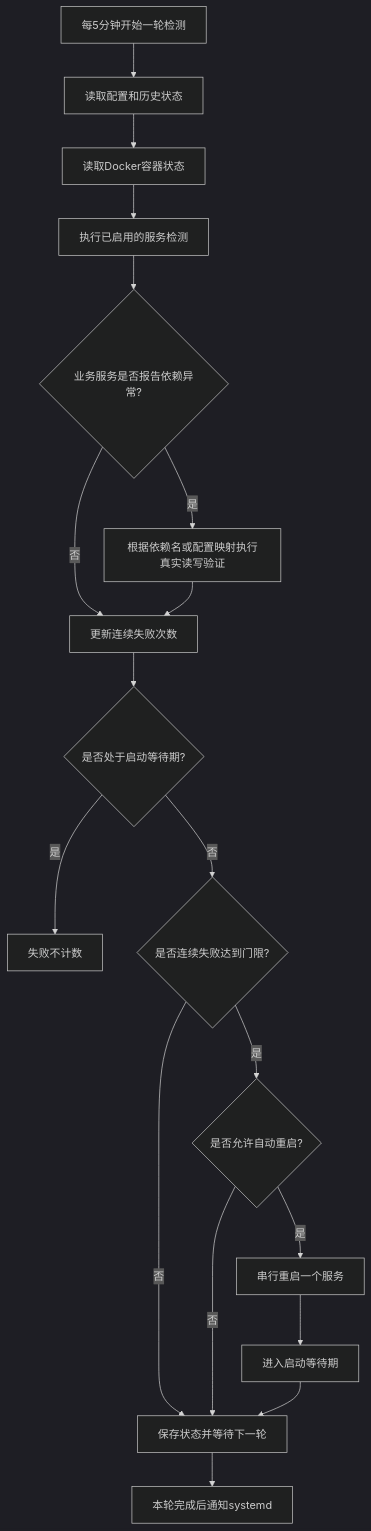
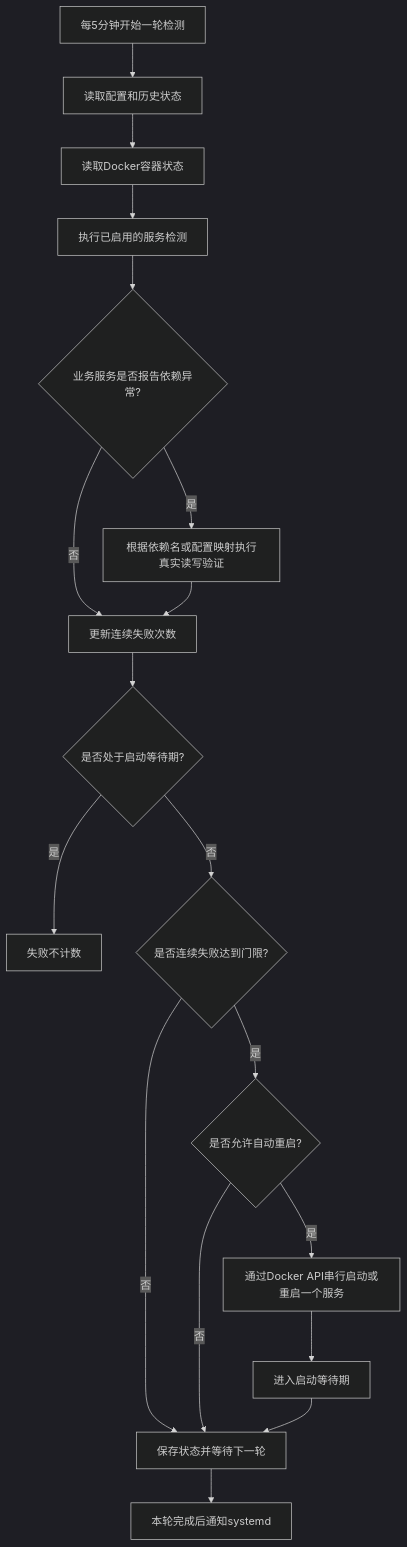
One commit to bixinhaner/xomc changed the diagram in omcgo/docs/design/0026-compose-watchdog-design.md. Above: the diagram before and after it, drawn with Mermaid (dark theme). The commit also changed other lines of this file, not shown here.

````diff
--- a/omcgo/docs/design/0026-compose-watchdog-design.md
+++ b/omcgo/docs/design/0026-compose-watchdog-design.md
@@ -235,20 +237,20 @@
 ```mermaid
 flowchart TD
     A[每5分钟开始一轮检测] --> B[读取配置和历史状态]
     B --> C[读取Docker容器状态]
     C --> D[执行已启用的服务检测]
     D --> X{业务服务是否报告依赖异常?}
     X -->|是| Y[根据依赖名或配置映射执行真实读写验证]
     X -->|否| E[更新连续失败次数]
     Y --> E
     E --> F{是否处于启动等待期?}
     F -->|是| G[失败不计数]
     F -->|否| H{是否连续失败达到门限?}
     H -->|否| I[保存状态并等待下一轮]
     H -->|是| J{是否允许自动重启?}
     J -->|否| I
-    J -->|是| K[串行重启一个服务]
+    J -->|是| K[通过Docker API串行启动或重启一个服务]
     K --> L[进入启动等待期]
     L --> I
     I --> M[本轮完成后通知systemd]
 ```
````
